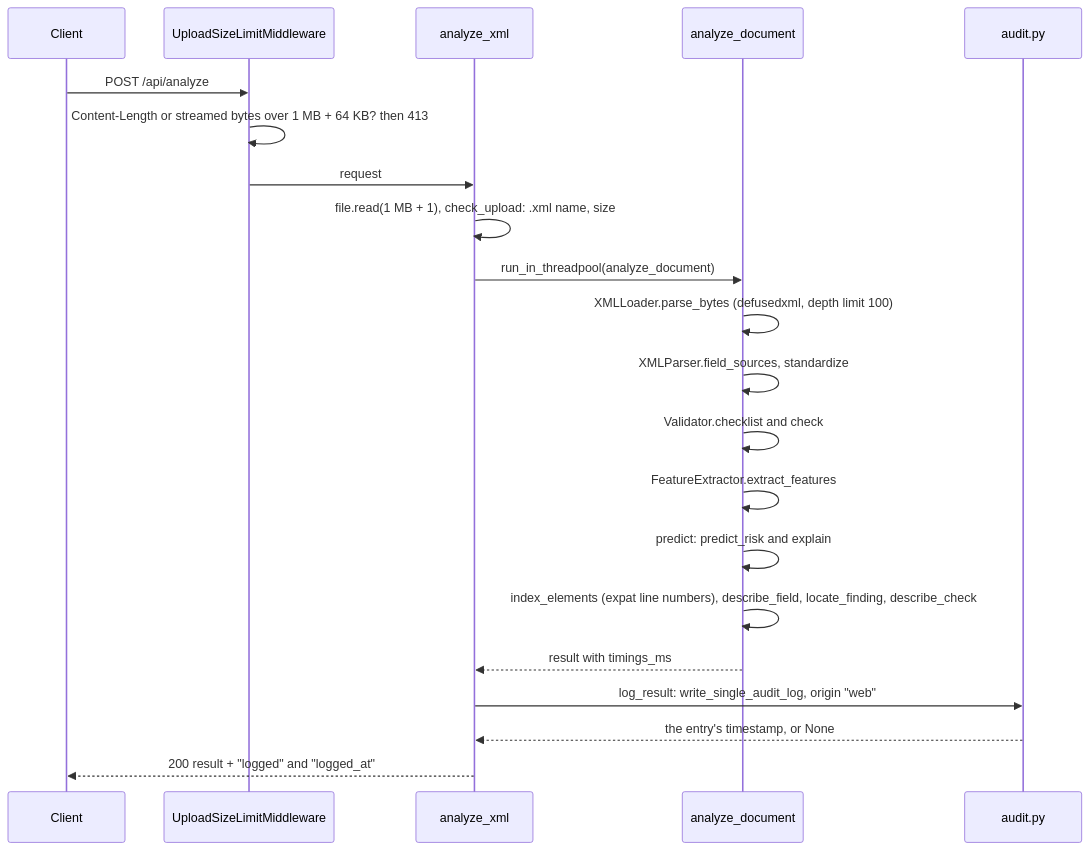
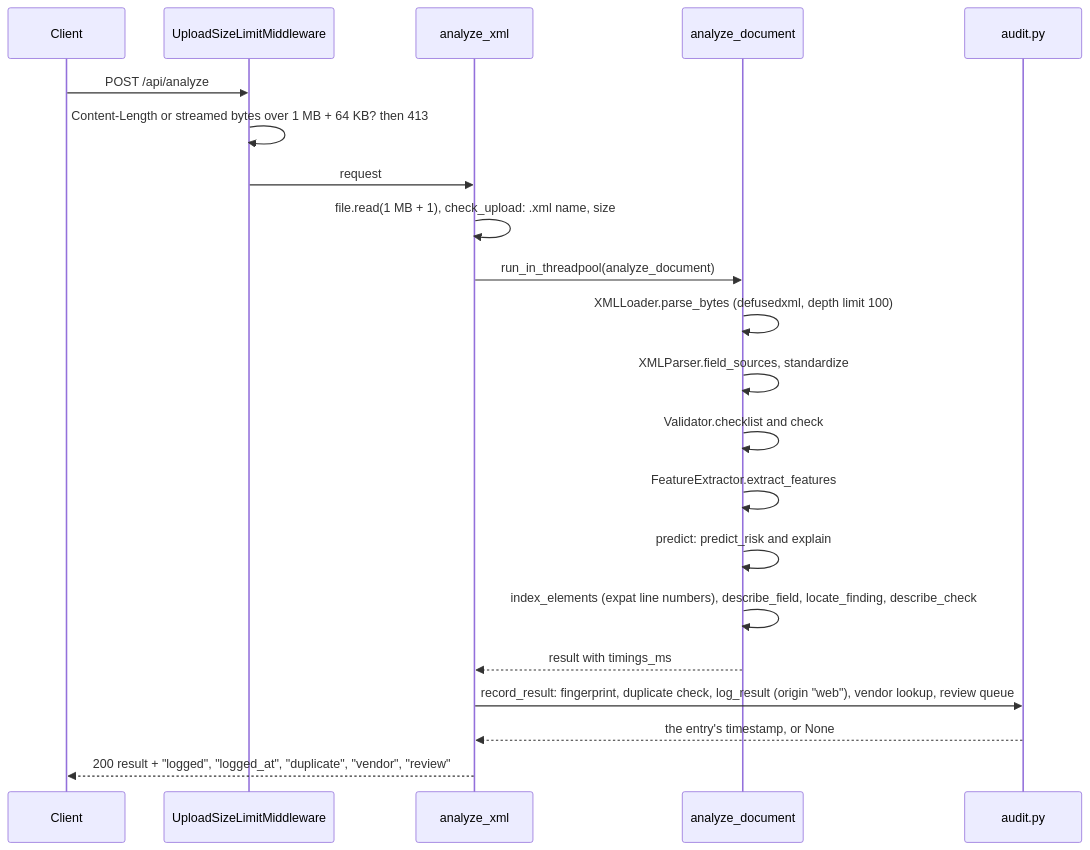
One commit to vishnuatgit/SupplyTrace changed the ninth of 13 diagrams in docs/process-flows.md. Above: the diagram before and after it, drawn with Mermaid. The commit also changed other lines of this file and 9 other files, not shown here.

First line of the commit message:
Proofread: bring the README, docs and UI text in line with the review, duplicate and vendor features

````diff
--- a/docs/process-flows.md
+++ b/docs/process-flows.md
@@ -291,23 +292,23 @@
 ```mermaid
 sequenceDiagram
     participant C as Client
     participant MW as UploadSizeLimitMiddleware
     participant EP as analyze_xml
     participant AD as analyze_document
     participant AU as audit.py
     C->>MW: POST /api/analyze
     MW->>MW: Content-Length or streamed bytes over 1 MB + 64 KB? then 413
     MW->>EP: request
     EP->>EP: file.read(1 MB + 1), check_upload: .xml name, size
     EP->>AD: run_in_threadpool(analyze_document)
     AD->>AD: XMLLoader.parse_bytes (defusedxml, depth limit 100)
     AD->>AD: XMLParser.field_sources, standardize
     AD->>AD: Validator.checklist and check
     AD->>AD: FeatureExtractor.extract_features
     AD->>AD: predict: predict_risk and explain
     AD->>AD: index_elements (expat line numbers), describe_field, locate_finding, describe_check
     AD-->>EP: result with timings_ms
-    EP->>AU: log_result: write_single_audit_log, origin "web"
+    EP->>AU: record_result: fingerprint, duplicate check, log_result (origin "web"), vendor lookup, review queue
     AU-->>EP: the entry's timestamp, or None
-    EP-->>C: 200 result + "logged" and "logged_at"
+    EP-->>C: 200 result + "logged", "logged_at", "duplicate", "vendor", "review"
 ```
````
